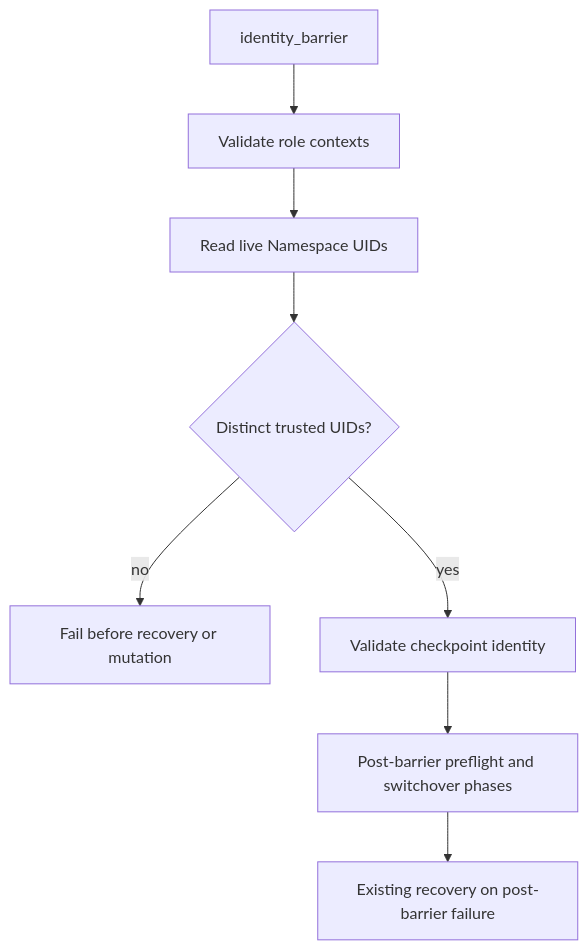
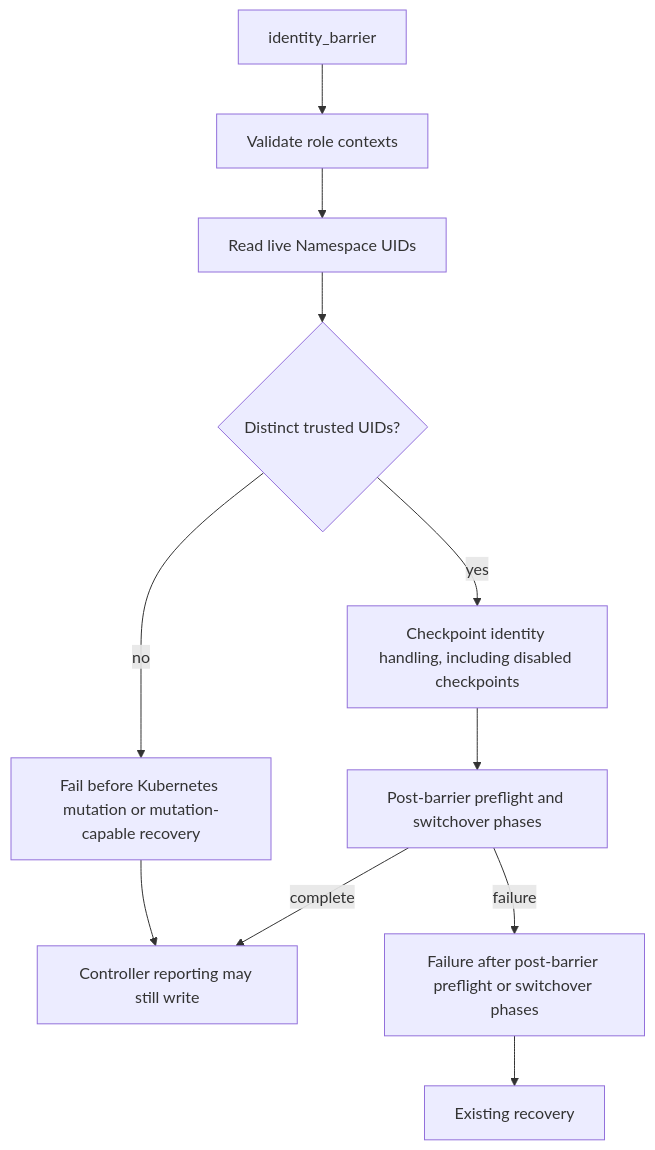
Before and after one commit to tomazb/rh-acm-switchover: the diagram in ansible_collections/tomazb/acm_switchover/docs/architecture.md, drawn with Mermaid. The commit also changed 3 other files, not shown here.

````diff
--- a/ansible_collections/tomazb/acm_switchover/docs/architecture.md
+++ b/ansible_collections/tomazb/acm_switchover/docs/architecture.md
@@ -36,10 +36,13 @@
 ```mermaid
 flowchart TD
     A[identity_barrier] --> B[Validate role contexts]
     B --> C[Read live Namespace UIDs]
     C --> D{Distinct trusted UIDs?}
-    D -->|no| E[Fail before recovery or mutation]
-    D -->|yes| F[Validate checkpoint identity]
+    D -->|no| E[Fail before Kubernetes mutation or mutation-capable recovery]
+    E --> I[Controller reporting may still write]
+    D -->|yes| F[Checkpoint identity handling, including disabled checkpoints]
     F --> G[Post-barrier preflight and switchover phases]
-    G --> H[Existing recovery on post-barrier failure]
+    G -->|failure| H[Failure after post-barrier preflight or switchover phases]
+    H --> J[Existing recovery]
+    G -->|complete| I
 ```
````
